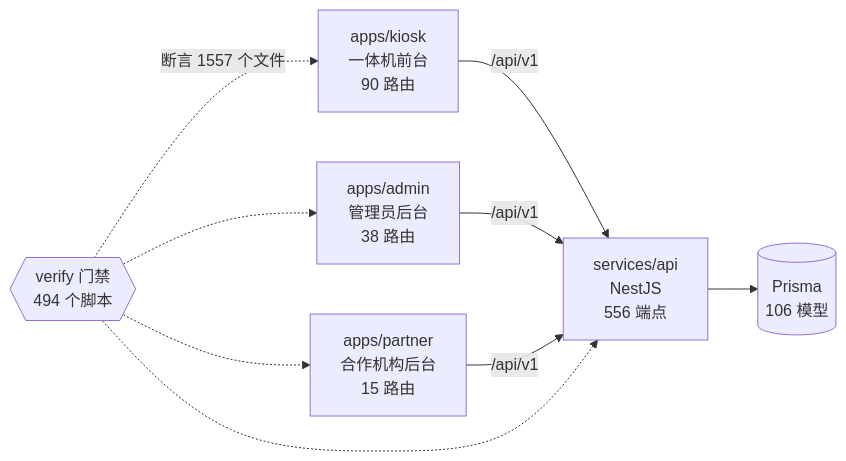
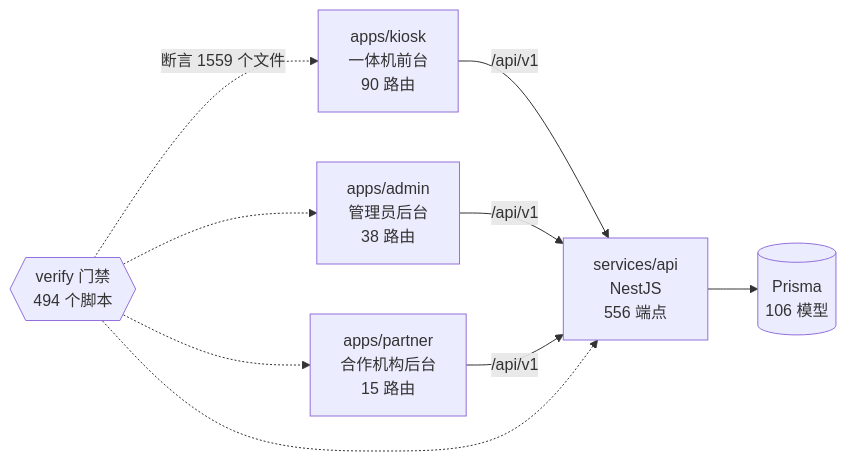
The diagram in docs/graph/README.md (wanglei581/YITIJI), drawn with Mermaid before and after one commit. The commit also changed other lines of this file and 3 other files, not shown here.

Commit message:
docs(graph): regenerate after the W4 print batch and draft hand-off

````diff
--- a/docs/graph/README.md
+++ b/docs/graph/README.md
@@ -68,18 +68,18 @@
 ```mermaid
 flowchart LR
   kiosk["apps/kiosk<br/>一体机前台<br/>90 路由"]
   admin["apps/admin<br/>管理员后台<br/>38 路由"]
   partner["apps/partner<br/>合作机构后台<br/>15 路由"]
   api["services/api<br/>NestJS<br/>556 端点"]
   db[("Prisma<br/>106 模型")]
   gates{{"verify 门禁<br/>494 个脚本"}}
 
   kiosk -->|"/api/v1"| api
   admin -->|"/api/v1"| api
   partner -->|"/api/v1"| api
   api --> db
-  gates -.->|"断言 1557 个文件"| kiosk
+  gates -.->|"断言 1559 个文件"| kiosk
   gates -.-> admin
   gates -.-> partner
   gates -.-> api
 ```
````
